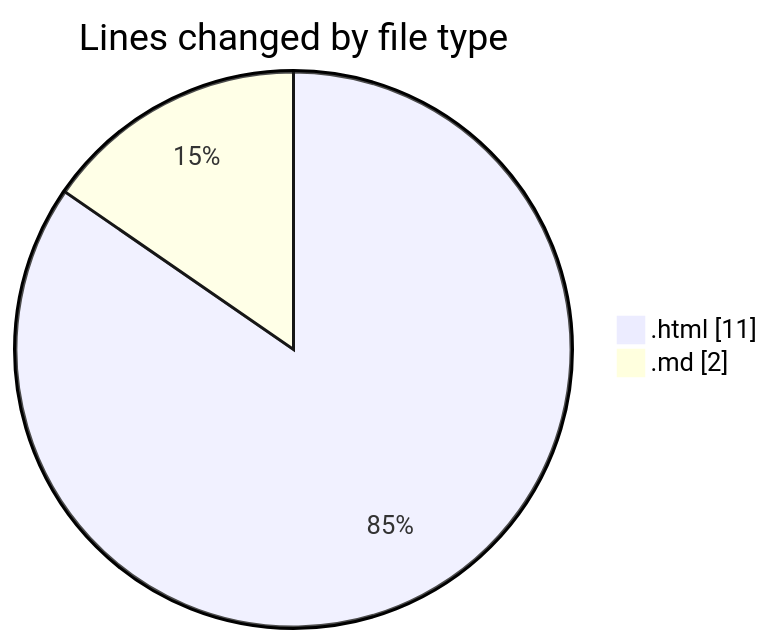
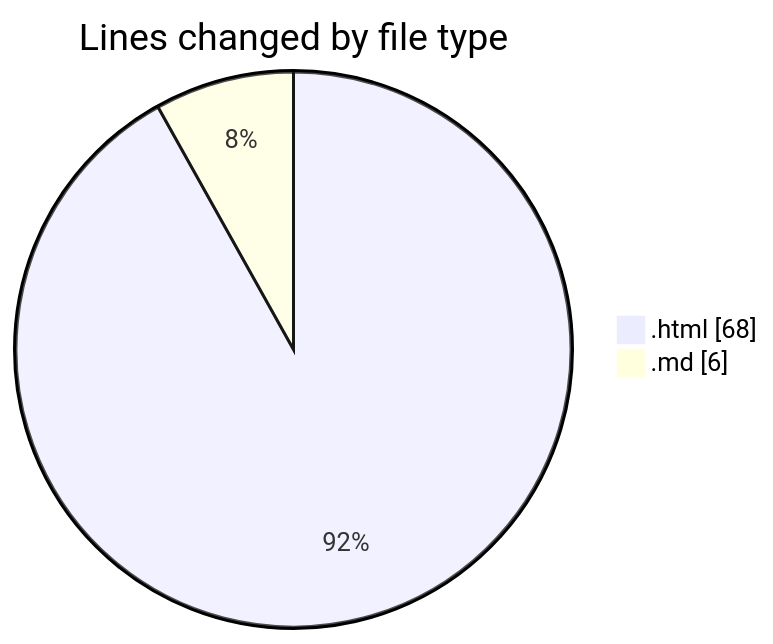
Before and after one commit to Ritupan-Deka/code-tracking: the first of 2 diagrams in 2025-07-04/urlwebwala_intership_work/README.md, drawn with Mermaid. The commit also changed other lines of this file and 1 other file, not shown here.

````diff
--- a/2025-07-04/urlwebwala_intership_work/README.md
+++ b/2025-07-04/urlwebwala_intership_work/README.md
@@ -21,6 +21,6 @@
 ```mermaid
 pie showData
 title Lines changed by file type
-".html" : 11
-".md" : 2
+".html" : 68
+".md" : 6
 ```
````
